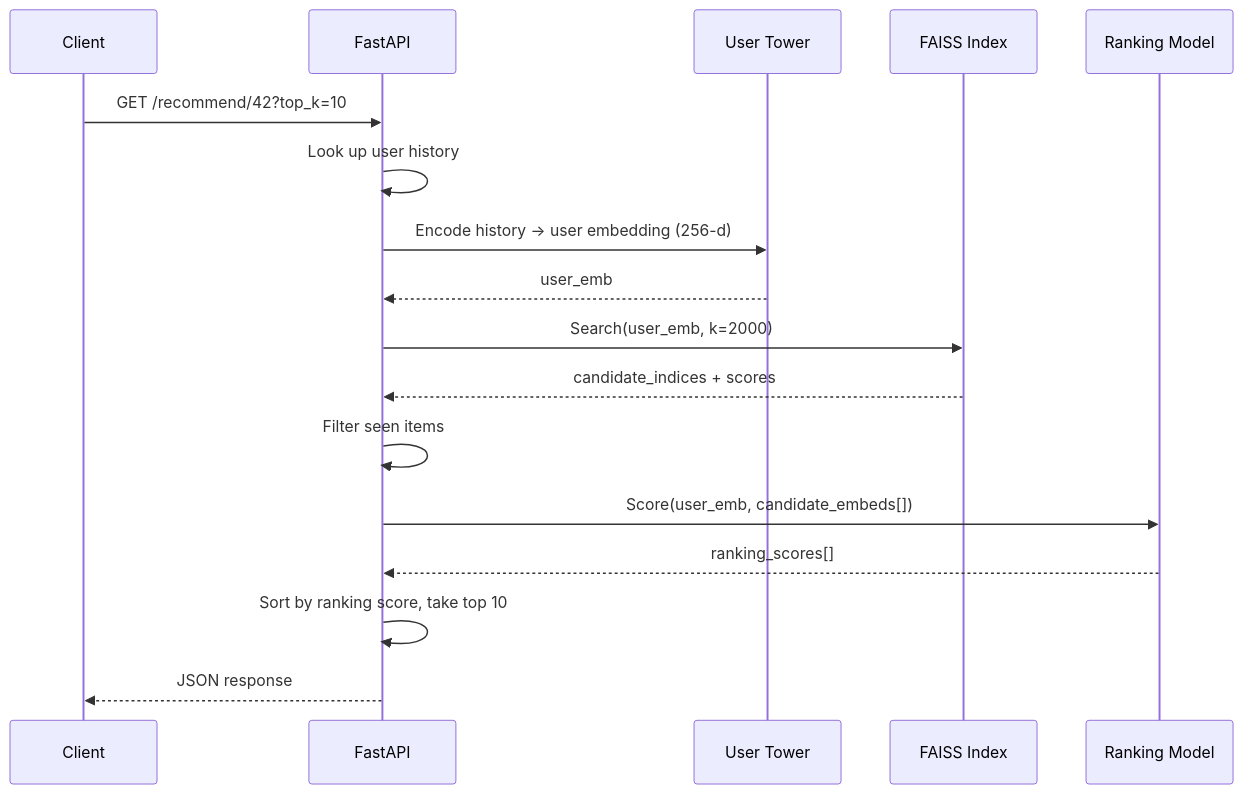
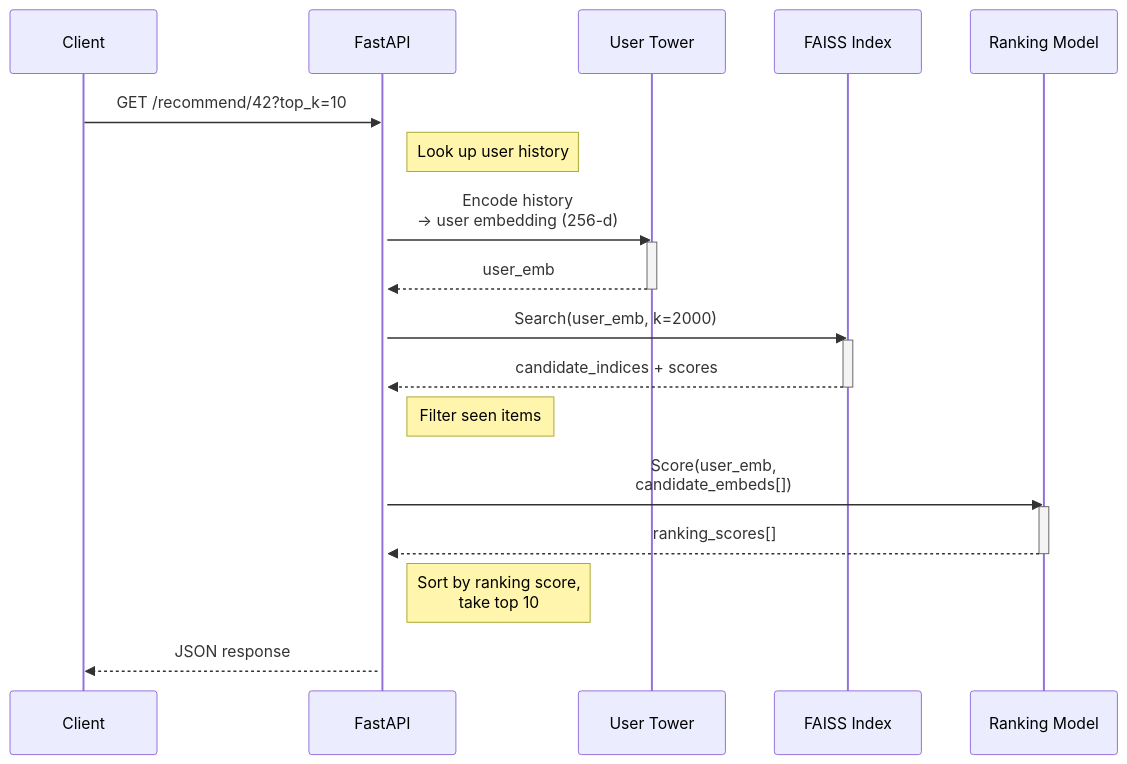
The diagram in api/API_REFERENCE.md (abdullahhrashid/industrial-recommender-system), drawn with Mermaid before and after one commit.

Commit message:
fixed api reference diagram
updated sequence diagram to include activation notes and clarify steps in the recommendation process

````diff
--- a/api/API_REFERENCE.md
+++ b/api/API_REFERENCE.md
@@ -213,20 +213,34 @@
 ```mermaid
 sequenceDiagram
     participant Client
     participant API as FastAPI
     participant UT as User Tower
     participant FAISS as FAISS Index
     participant RM as Ranking Model
 
     Client->>API: GET /recommend/42?top_k=10
-    API->>API: Look up user history
-    API->>UT: Encode history → user embedding (256-d)
+    activate API
+    
+    Note right of API: Look up user history
+    
+    API->>UT: Encode history<br/>→ user embedding (256-d)
+    activate UT
     UT-->>API: user_emb
+    deactivate UT
+    
     API->>FAISS: Search(user_emb, k=2000)
+    activate FAISS
     FAISS-->>API: candidate_indices + scores
-    API->>API: Filter seen items
-    API->>RM: Score(user_emb, candidate_embeds[])
+    deactivate FAISS
+    
+    Note right of API: Filter seen items
+    
+    API->>RM: Score(user_emb,<br/>candidate_embeds[])
+    activate RM
     RM-->>API: ranking_scores[]
-    API->>API: Sort by ranking score, take top 10
+    deactivate RM
+    
+    Note right of API: Sort by ranking score,<br/>take top 10
+    
     API-->>Client: JSON response
 ```
````
